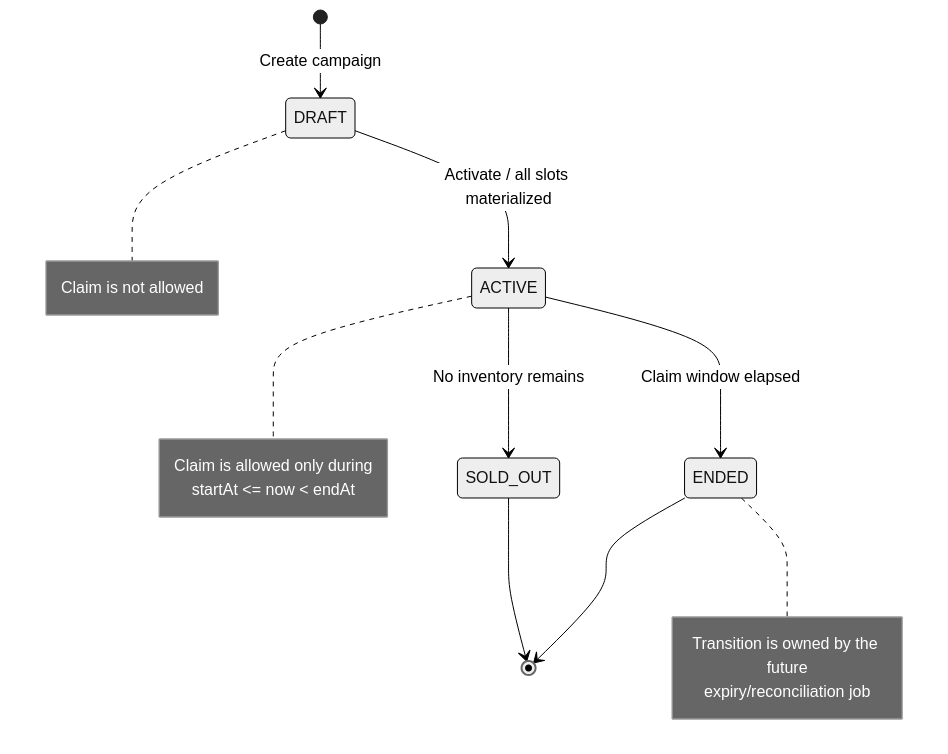
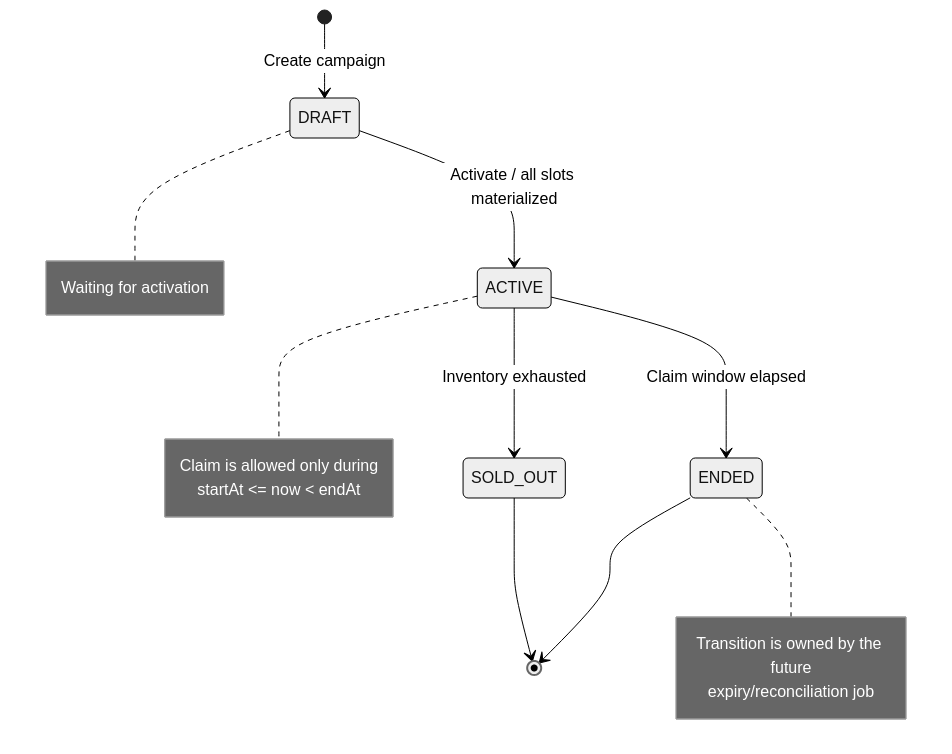
Before and after one commit to PhamDinhDuy-2508/Voucher-claim-system: the third of 13 diagrams in SOLUTION.md, drawn with Mermaid (neutral theme). The commit also changed other lines of this file, not shown here.

````diff
--- a/SOLUTION.md
+++ b/SOLUTION.md
@@ -265,23 +264,23 @@
 ```mermaid
 stateDiagram-v2
     [*] --> DRAFT: Create campaign
     DRAFT --> ACTIVE: Activate / all slots materialized
-    ACTIVE --> SOLD_OUT: No inventory remains
+    ACTIVE --> SOLD_OUT: Inventory exhausted
     ACTIVE --> ENDED: Claim window elapsed
     SOLD_OUT --> [*]
     ENDED --> [*]
 
     note right of DRAFT
-        Claim is not allowed
+        Waiting for activation
     end note
 
     note right of ACTIVE
         Claim is allowed only during
         startAt <= now < endAt
     end note
 
     note right of ENDED
         Transition is owned by the future
         expiry/reconciliation job
     end note
 ```
````
